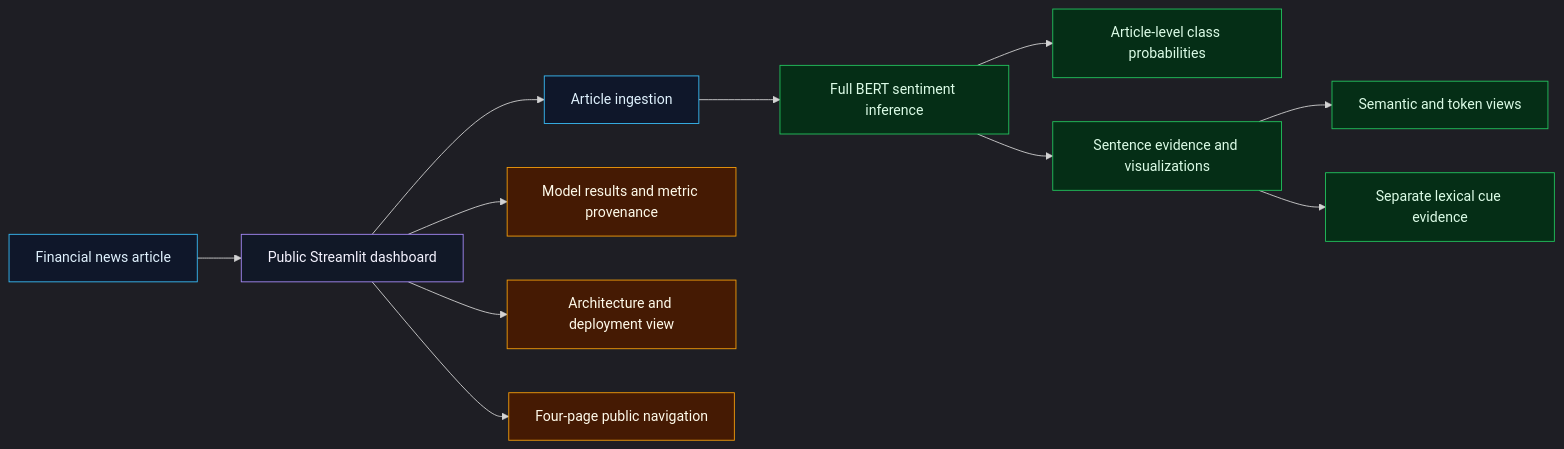
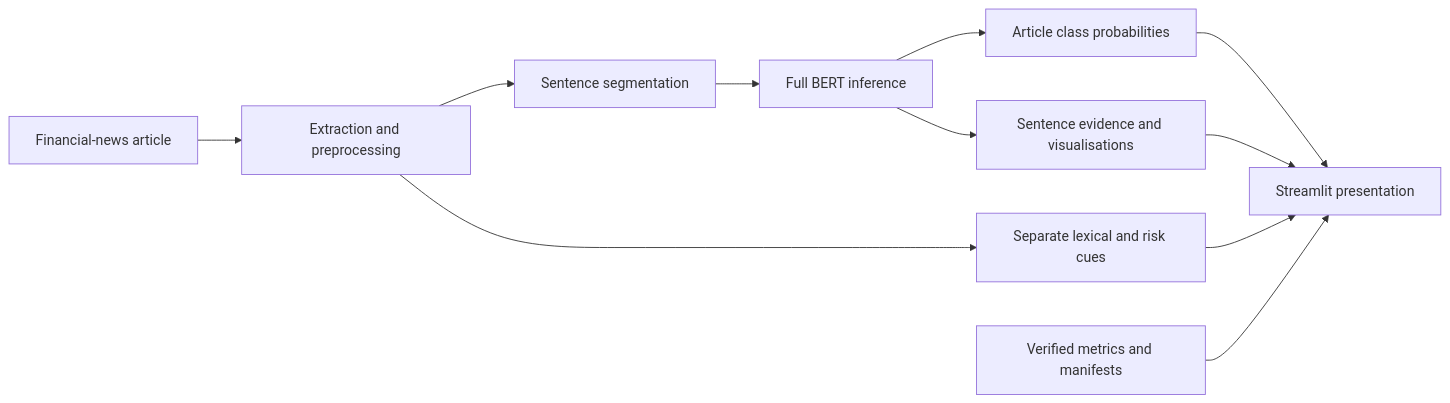
The diagram in README.md (RuturajM31/financial-news-stock-intelligence), drawn with Mermaid before and after one commit. The commit also changed other lines of this file and 288 other files, not shown here.

````diff
--- a/README.md
+++ b/README.md
@@ -96,24 +52,13 @@
 ```mermaid
-%%{init: { "theme": "dark" } }%%
 flowchart LR
-    A["Financial news article"] --> B["Public Streamlit dashboard"]
-    B --> C["Article ingestion"]
-    C --> D["Full BERT sentiment inference"]
-    D --> E["Article-level class probabilities"]
-    D --> F["Sentence evidence and visualizations"]
-    F --> G["Semantic and token views"]
-    F --> H["Separate lexical cue evidence"]
-    B --> I["Model results and metric provenance"]
-    B --> J["Architecture and deployment view"]
-    B --> K["Four-page public navigation"]
-
-    classDef input fill:#0f172a,stroke:#38bdf8,color:#e0f2fe;
-    classDef app fill:#111827,stroke:#a78bfa,color:#f5f3ff;
-    classDef intelligence fill:#052e16,stroke:#22c55e,color:#dcfce7;
-    classDef qa fill:#451a03,stroke:#f59e0b,color:#fffbeb;
-
-    class A,C input;
-    class B app;
-    class D,E,F,G,H intelligence;
-    class I,J,K qa;
+    A[Financial-news article] --> B[Extraction and preprocessing]
+    B --> C[Sentence segmentation]
+    C --> D[Full BERT inference]
+    D --> E[Article class probabilities]
+    D --> F[Sentence evidence and visualisations]
+    B --> G[Separate lexical and risk cues]
+    E --> H[Streamlit presentation]
+    F --> H
+    G --> H
+    I[Verified metrics and manifests] --> H
 ```
````
